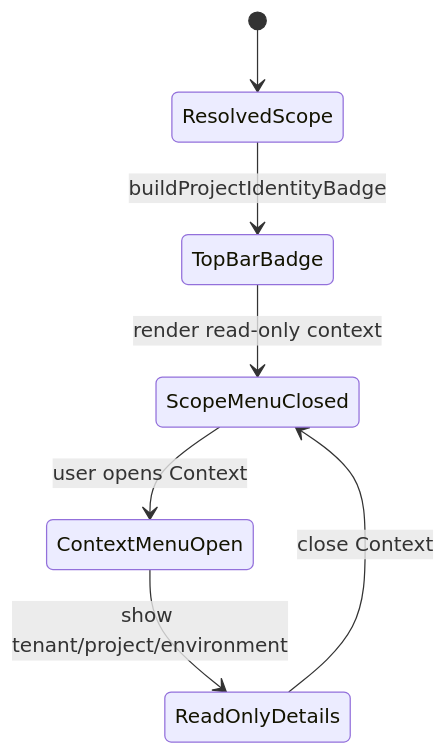
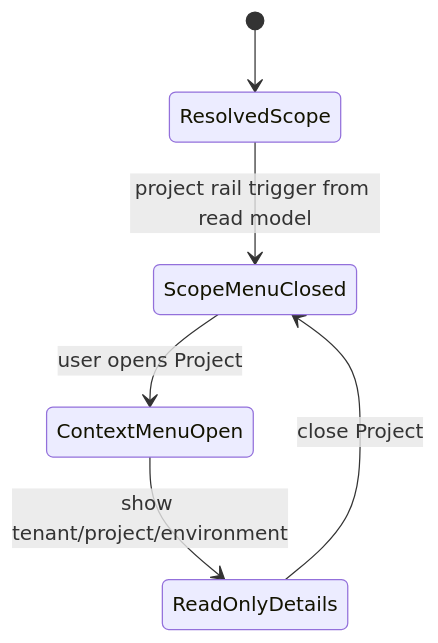
One commit to dunay2/dvt changed diagram 16 of 34 in docs/architecture/components/web/appshell/app-shell.md. Above: the diagram before and after it, drawn with Mermaid. The commit also changed other lines of this file and 58 other files, not shown here.

Commit message:
refactor(web): Consolidate project settings in the rail and file actions in Code (#3845)

````diff
--- a/docs/architecture/components/web/appshell/app-shell.md
+++ b/docs/architecture/components/web/appshell/app-shell.md
@@ -560,9 +558,8 @@
 ```mermaid
 stateDiagram-v2
   [*] --> ResolvedScope
-  ResolvedScope --> TopBarBadge: buildProjectIdentityBadge
-  TopBarBadge --> ScopeMenuClosed: render read-only context
-  ScopeMenuClosed --> ContextMenuOpen: user opens Context
+  ResolvedScope --> ScopeMenuClosed: project rail trigger from read model
+  ScopeMenuClosed --> ContextMenuOpen: user opens Project
   ContextMenuOpen --> ReadOnlyDetails: show tenant/project/environment
-  ReadOnlyDetails --> ScopeMenuClosed: close Context
+  ReadOnlyDetails --> ScopeMenuClosed: close Project
 ```
````
